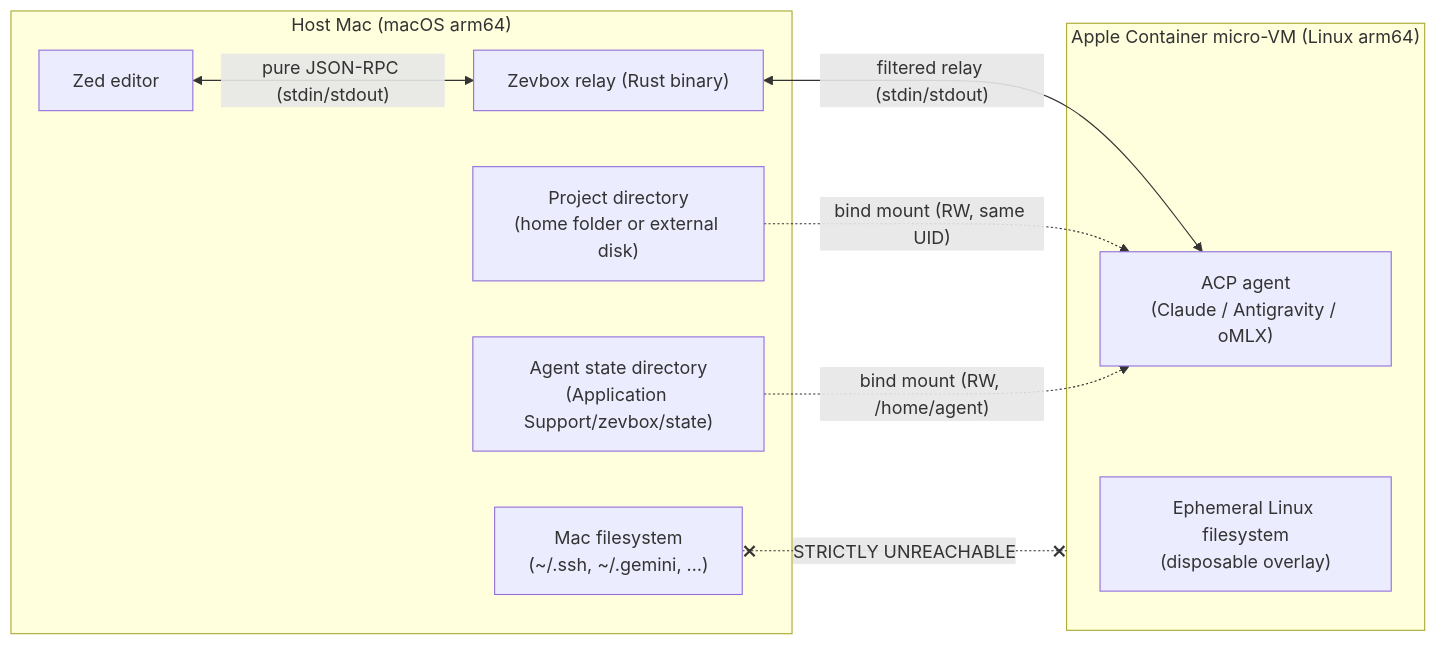
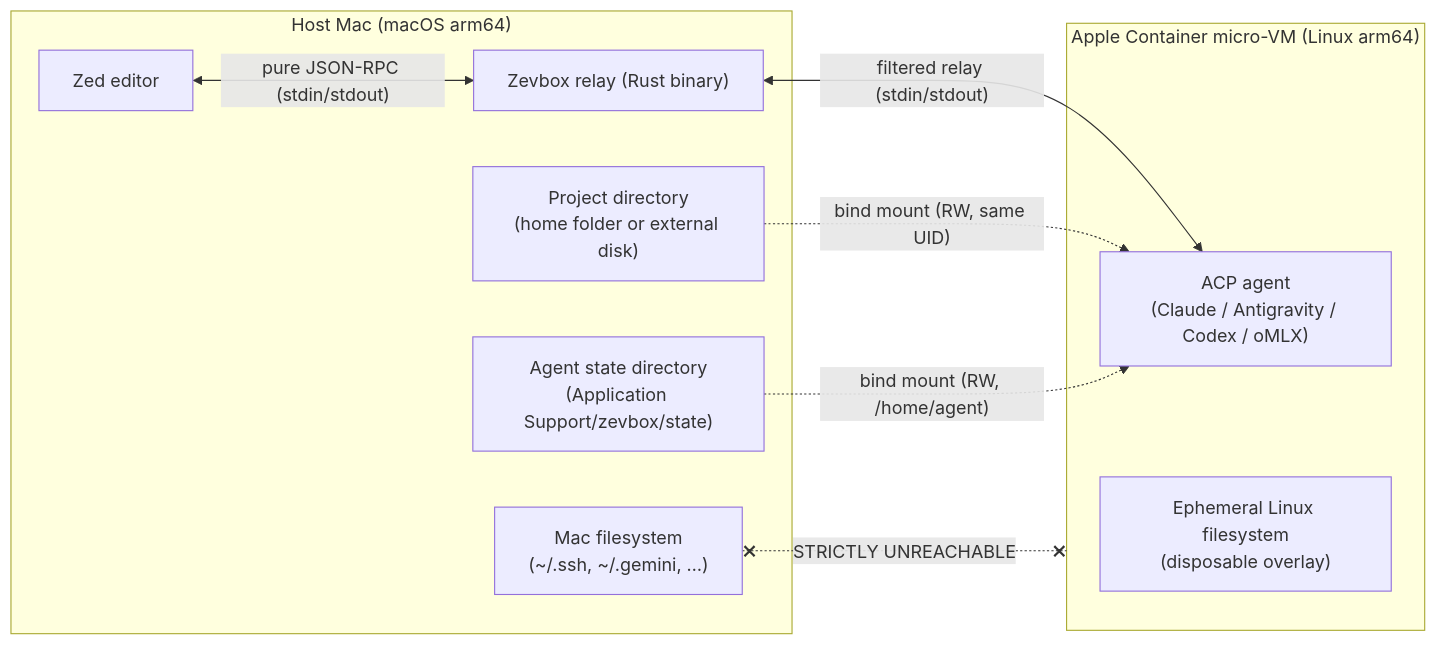
Before and after one commit to brainztorm/zevbox: the first of 8 diagrams in docs/ARCHITECTURE.md, drawn with Mermaid. The commit also changed other lines of this file and 28 other files, not shown here.

Commit message:
feat: enable standard Codex agent with native authentication

````diff
--- a/docs/ARCHITECTURE.md
+++ b/docs/ARCHITECTURE.md
@@ -28,21 +28,21 @@
 ```mermaid
 flowchart LR
     subgraph Host ["Host Mac (macOS arm64)"]
         Zed["Zed editor"]
         Zevbox["Zevbox relay (Rust binary)"]
         UserFS["Mac filesystem\n(~/.ssh, ~/.gemini, …)"]
         ProjectDir["Project directory\n(home folder or external disk)"]
         StateDir["Agent state directory\n(Application Support/zevbox/state)"]
     end
 
     subgraph VM ["Apple Container micro-VM (Linux arm64)"]
-        Agent["ACP agent\n(Claude / Antigravity / oMLX)"]
+        Agent["ACP agent\n(Claude / Antigravity / Codex / oMLX)"]
         VMFS["Ephemeral Linux filesystem\n(disposable overlay)"]
     end
 
     Zed <-->|"pure JSON-RPC (stdin/stdout)"| Zevbox
     Zevbox <-->|"filtered relay (stdin/stdout)"| Agent
     ProjectDir -.->|"bind mount (RW, same UID)"| Agent
     StateDir -.->|"bind mount (RW, /home/agent)"| Agent
     UserFS x-.-x|"STRICTLY UNREACHABLE"| VM
 ```
````
